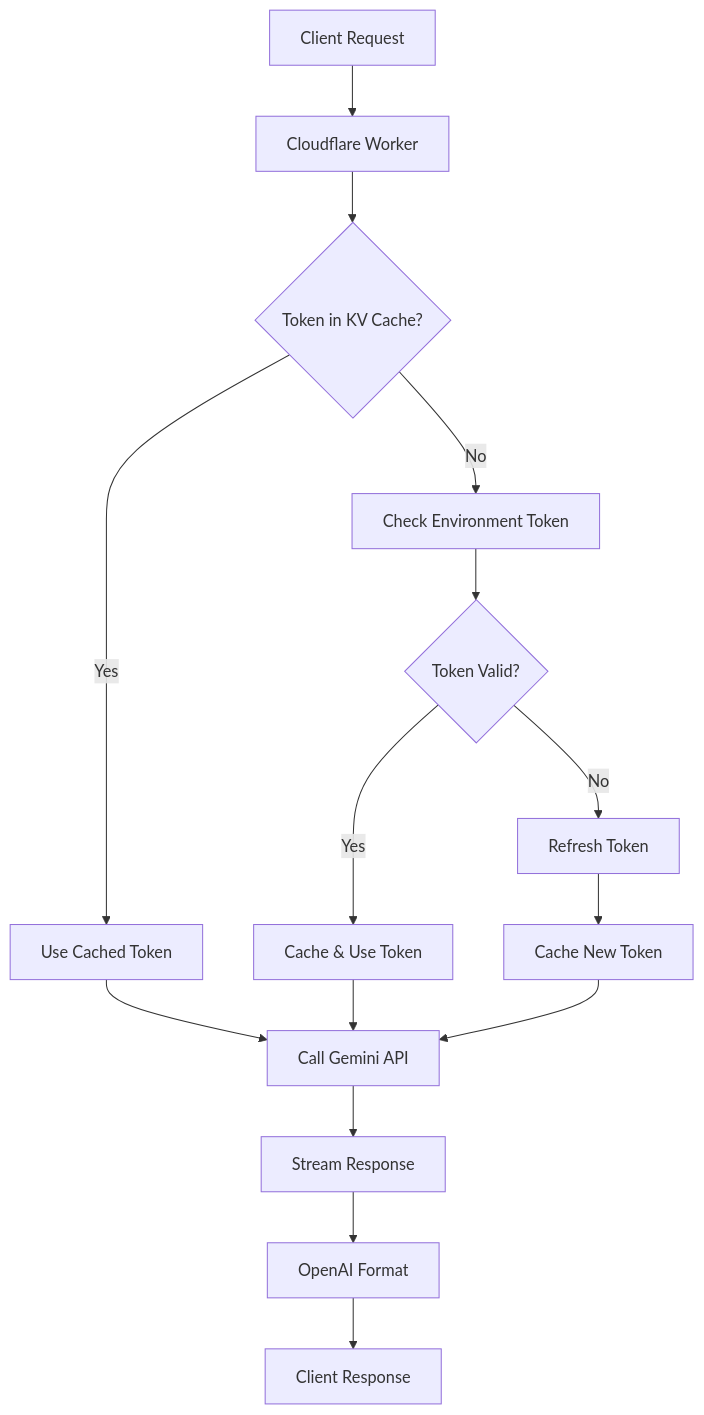
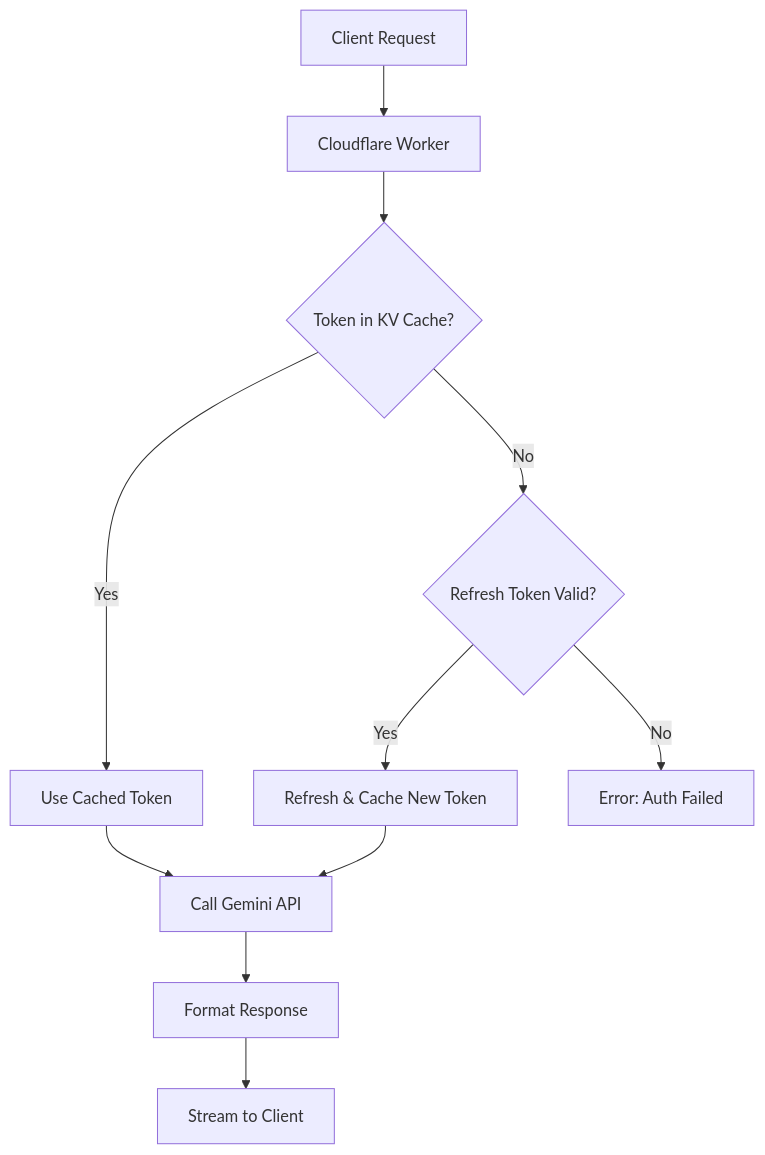
The diagram in README.md (mizuikk/gemini-cli-openai), drawn with Mermaid before and after one commit. The commit also changed other lines of this file and 4 other files, not shown here.

````diff
--- a/README.md
+++ b/README.md
@@ -867,17 +383,13 @@
 ```mermaid
 graph TD
-    A[Client Request] --> B[Cloudflare Worker]
-    B --> C{Token in KV Cache?}
-    C -->|Yes| D[Use Cached Token]
-    C -->|No| E[Check Environment Token]
-    E --> F{Token Valid?}
-    F -->|Yes| G[Cache & Use Token]
-    F -->|No| H[Refresh Token]
-    H --> I[Cache New Token]
-    D --> J[Call Gemini API]
-    G --> J
-    I --> J
-    J --> K[Stream Response]
-    K --> L[OpenAI Format]
-    L --> M[Client Response]
+    A[Client Request] --> B[Cloudflare Worker];
+    B --> C{Token in KV Cache?};
+    C -->|Yes| D[Use Cached Token];
+    C -->|No| E{Refresh Token Valid?};
+    E -->|Yes| F[Refresh & Cache New Token];
+    E -->|No| G[Error: Auth Failed];
+    D --> H[Call Gemini API];
+    F --> H;
+    H --> I[Format Response];
+    I --> J[Stream to Client];
 ```
````
